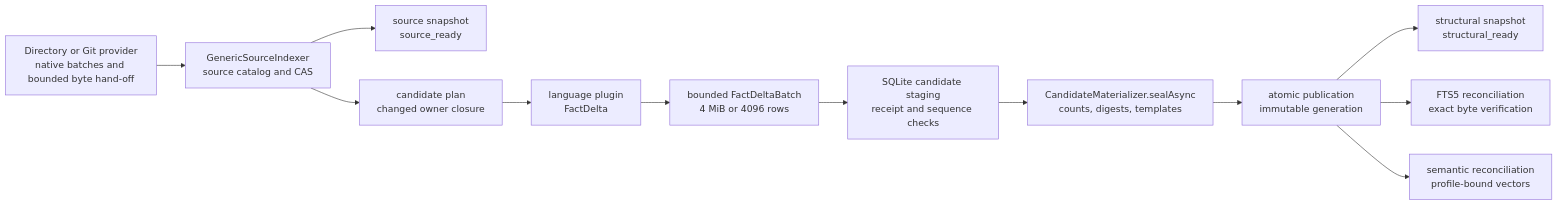
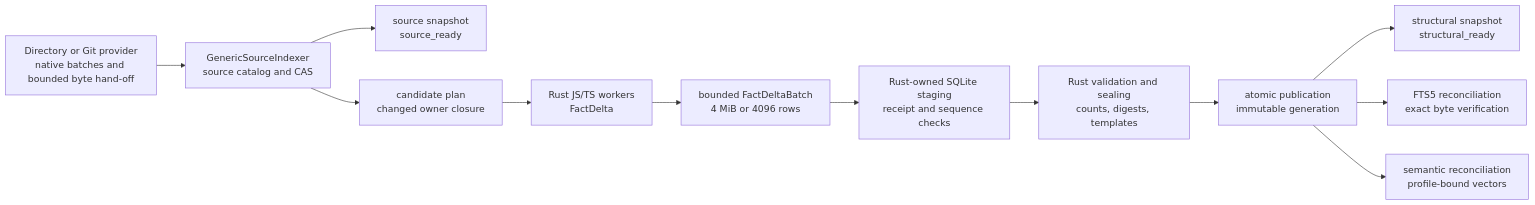
The third of 7 diagrams in docs/architecture.md (CristianBB/urdira), drawn with Mermaid before and after one commit. The commit also changed other lines of this file and 39 other files, not shown here.

````diff
--- a/docs/architecture.md
+++ b/docs/architecture.md
@@ -219,14 +232,14 @@
 ```mermaid
 flowchart LR
   Observe["Directory or Git provider\nnative batches and bounded byte hand-off"] --> Catalog["GenericSourceIndexer\nsource catalog and CAS"]
   Catalog --> SourceReady["source snapshot\nsource_ready"]
   Catalog --> Plan["candidate plan\nchanged owner closure"]
-  Plan --> Analyze["language plugin\nFactDelta"]
+  Plan --> Analyze["Rust JS/TS workers\nFactDelta"]
   Analyze --> Batch["bounded FactDeltaBatch\n4 MiB or 4096 rows"]
-  Batch --> Stage["SQLite candidate staging\nreceipt and sequence checks"]
-  Stage --> Seal["CandidateMaterializer.sealAsync\ncounts, digests, templates"]
+  Batch --> Stage["Rust-owned SQLite staging\nreceipt and sequence checks"]
+  Stage --> Seal["Rust validation and sealing\ncounts, digests, templates"]
   Seal --> Publish["atomic publication\nimmutable generation"]
   Publish --> StructuralReady["structural snapshot\nstructural_ready"]
   Publish --> Lexical["FTS5 reconciliation\nexact byte verification"]
   Publish --> Semantic["semantic reconciliation\nprofile-bound vectors"]
 ```
````
